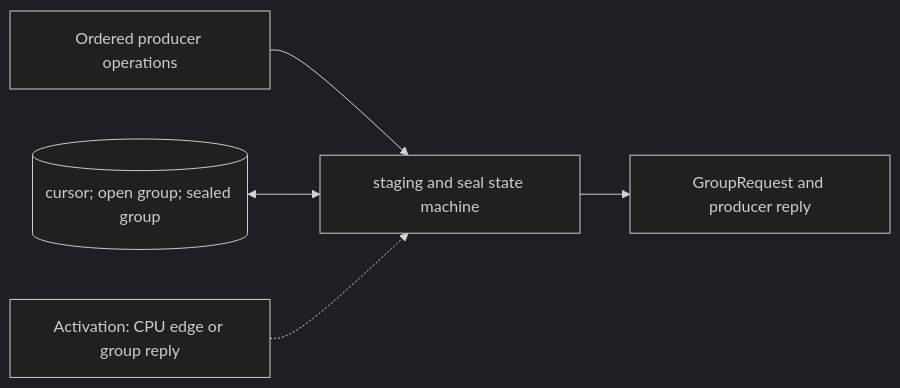
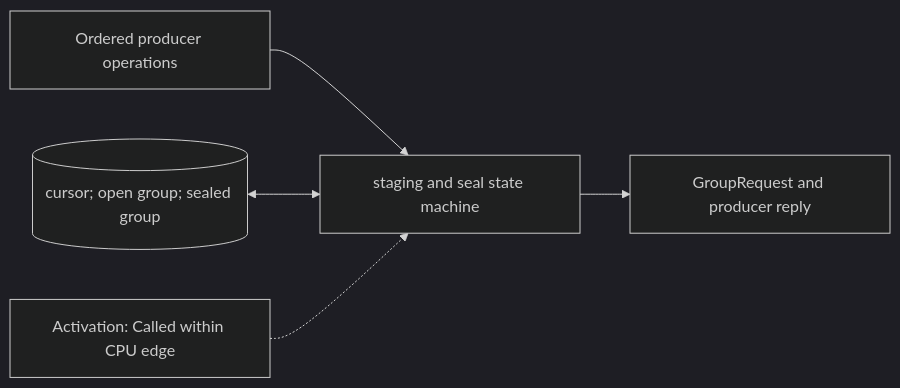
Before and after one commit to qsbit-org/qsbit-sim: the diagram in docs/modules/timeline-reservation-manager.md, drawn with Mermaid (dark theme). The commit also changed other lines of this file and 21 other files, not shown here.

````diff
--- a/docs/modules/timeline-reservation-manager.md
+++ b/docs/modules/timeline-reservation-manager.md
@@ -17,7 +17,7 @@
 ```mermaid
 flowchart LR
     U["Ordered producer operations"] --> P["staging and seal state machine"]
     S[("cursor; open group; sealed group")] <--> P
     P --> D["GroupRequest and producer reply"]
-    K["Activation: CPU edge or group reply"] -.-> P
+    K["Activation: Called within CPU edge"] -.-> P
 ```
````
